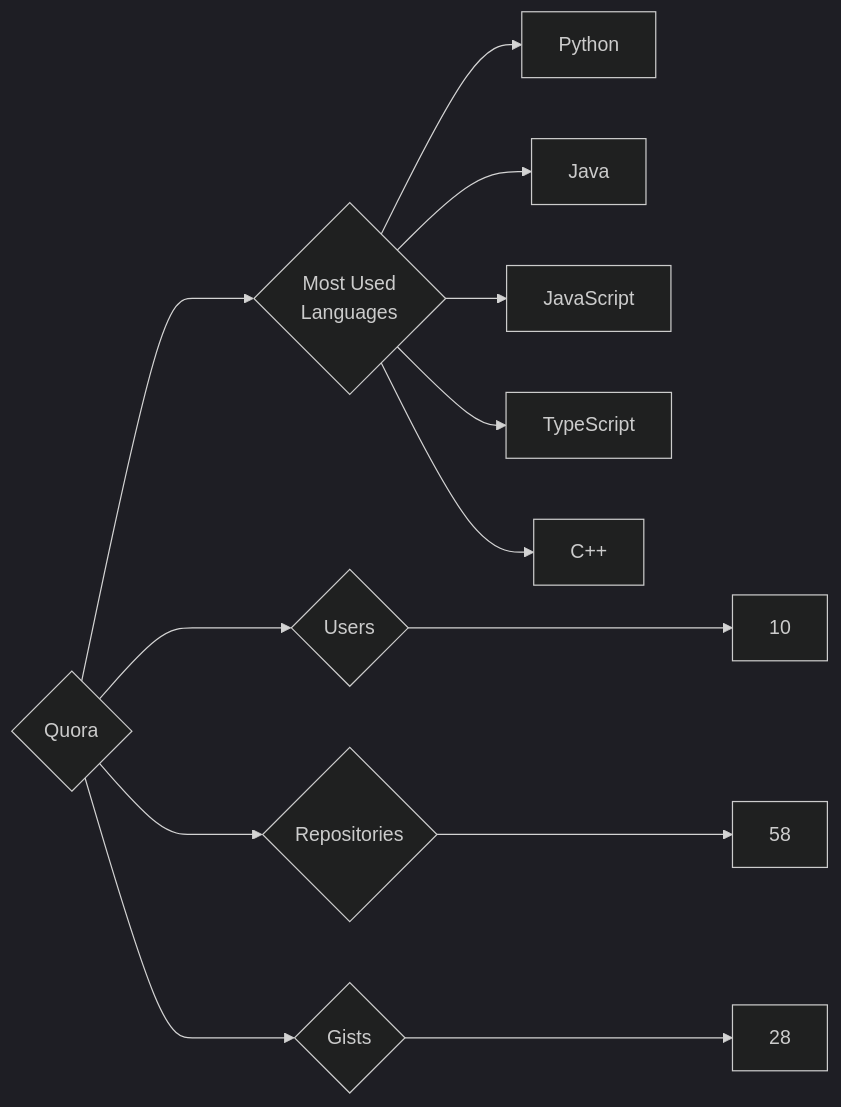
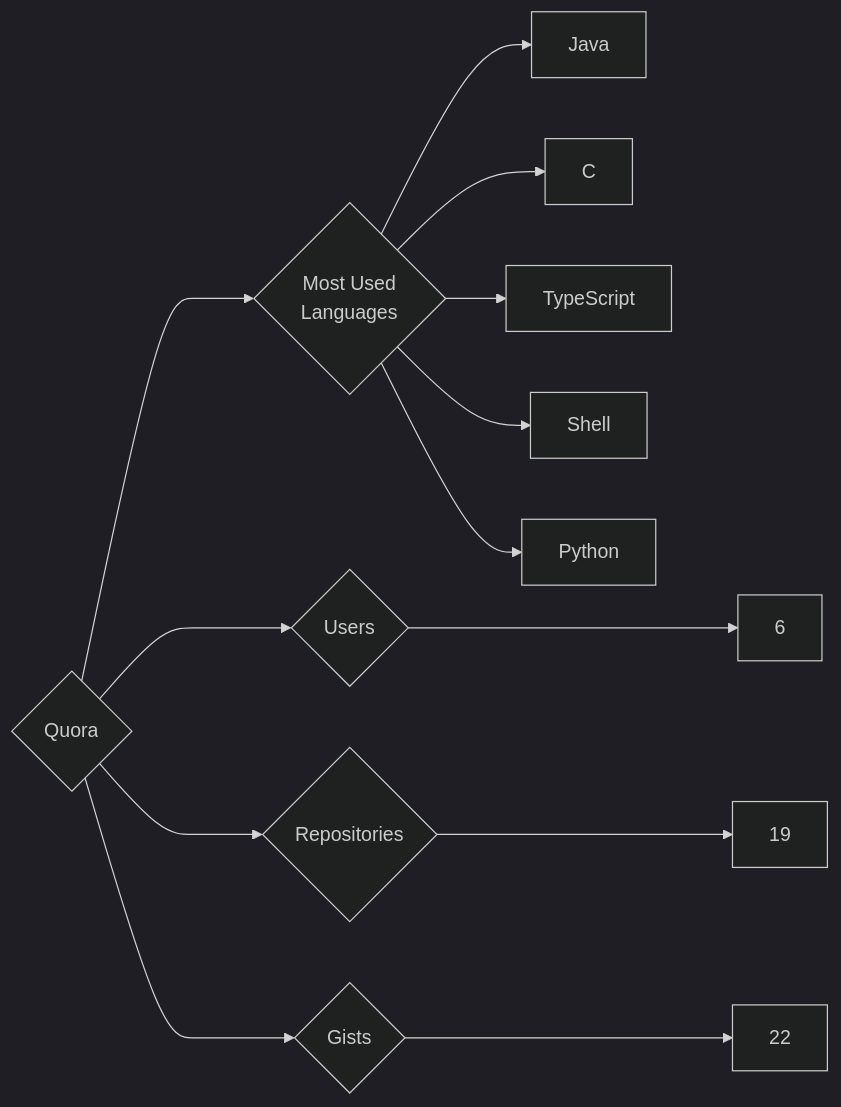
Before and after one commit to trickest/insiders: the diagram in targets/Quora/README.md, drawn with Mermaid (dark theme). The commit also changed 939 other files, not shown here.

````diff
--- a/targets/Quora/README.md
+++ b/targets/Quora/README.md
@@ -3,13 +3,13 @@
 ```mermaid
 graph LR
 COMPANY_NAME{Quora}
-COMPANY_NAME ---> U{Users} ---> UN[10]
-COMPANY_NAME ---> R{Repositories} ---> RN[58]
-COMPANY_NAME ---> G{Gists} ---> GN[28]
+COMPANY_NAME ---> U{Users} ---> UN[6]
+COMPANY_NAME ---> R{Repositories} ---> RN[19]
+COMPANY_NAME ---> G{Gists} ---> GN[22]
 COMPANY_NAME ---> ML{Most Used<br>Languages}
+ML --> Java[Java]
+ML --> C[C]
+ML --> TypeScript[TypeScript]
+ML --> Shell[Shell]
 ML --> Python[Python]
-ML --> Java[Java]
-ML --> JavaScript[JavaScript]
-ML --> TypeScript[TypeScript]
-ML --> C++[C++]
 ```
````
